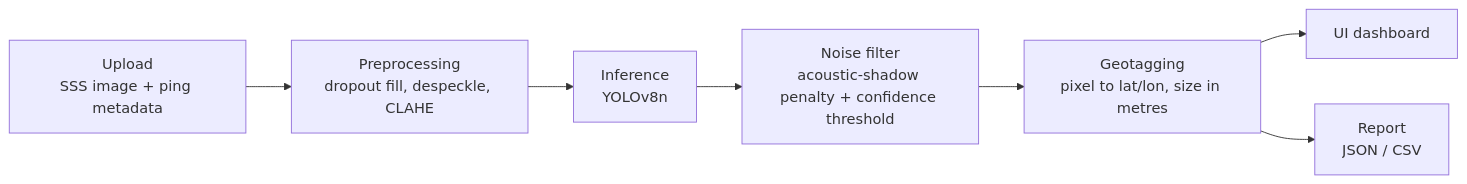
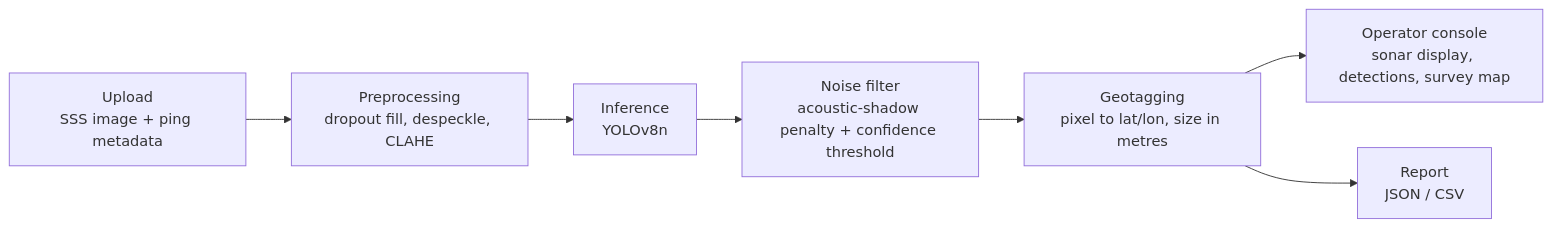
One commit to larpareek/deepscan-sih26057 changed the first of 2 diagrams in docs/ARCHITECTURE.md. Above: the diagram before and after it, drawn with Mermaid. The commit also changed 12 other files, not shown here.

````diff
--- a/docs/ARCHITECTURE.md
+++ b/docs/ARCHITECTURE.md
@@ -10,9 +10,9 @@
 ```mermaid
 flowchart LR
     A["Upload<br/>SSS image + ping metadata"] --> B["Preprocessing<br/>dropout fill, despeckle, CLAHE"]
     B --> C["Inference<br/>YOLOv8n"]
     C --> D["Noise filter<br/>acoustic-shadow penalty + confidence threshold"]
     D --> E["Geotagging<br/>pixel to lat/lon, size in metres"]
-    E --> F["UI dashboard"]
+    E --> F["Operator console<br/>sonar display, detections, survey map"]
     E --> G["Report<br/>JSON / CSV"]
 ```
````
